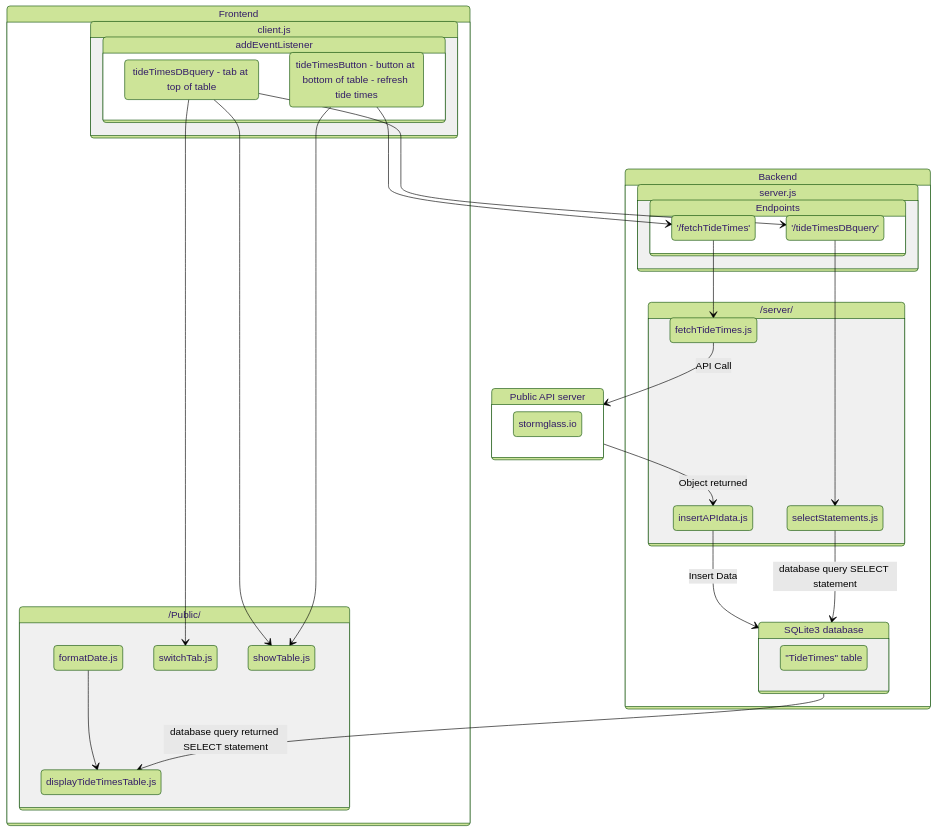
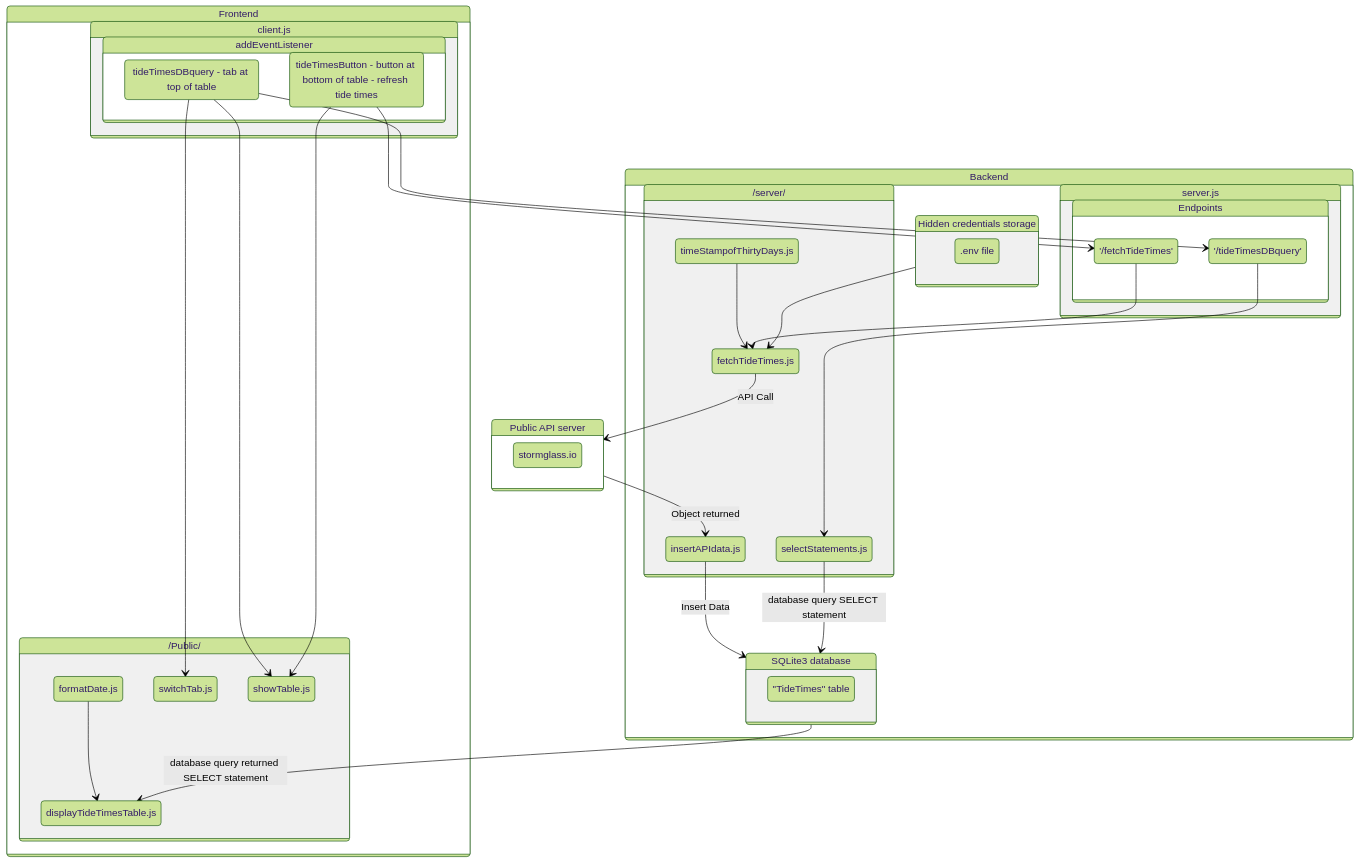
The diagram in README.md (sifr01/glitch-dreams-simple-node-sqlite-00), drawn with Mermaid (forest theme) before and after one commit. The commit also changed 2 other files, not shown here.

Commit message:
improve comments and improve mermaid diagram

````diff
--- a/README.md
+++ b/README.md
@@ -5,69 +5,76 @@
 ```mermaid
 stateDiagram-v2
     %%[*] --> Frontend
     %%client.js --> Endpoints
 
     state Frontend {
         state client.js {
             state addEventListener {
             eventListenerA
             eventListenerB
             }
         }
         state /Public/ {
             formatDate.js
             displayTideTimesTable.js
             switchTab.js
             showTable.js
         }
     }
     
     state Backend {
         state /server/ {
                 insertAPIdata.js
                 selectStatements.js
                 fetchTideTimes.js
+                timeStampofThirtyDays.js
             }
         state server.js {
             
-        state Endpoints {
-            '/fetchTideTimes'
-            '/tideTimesDBquery'
-            }
+            state Endpoints {
+                '/fetchTideTimes'
+                '/tideTimesDBquery'
+                }
         }
         state SQLite_DB {
             Table
+        }
+        state credentials_storage{
+            credentials
         }
     }
 
     state Public_API {
         stormglass.io
     }
   
     formatDate.js --> displayTideTimesTable.js
     eventListenerA --> '/tideTimesDBquery'
     eventListenerA --> switchTab.js
     eventListenerB --> '/fetchTideTimes'
     eventListenerA --> showTable.js
     eventListenerB --> showTable.js
+    insertAPIdata.js --> SQLite_DB: Insert Data
+    credentials_storage --> fetchTideTimes.js
+    timeStampofThirtyDays.js --> fetchTideTimes.js ##this does not exist in weather data
 
-    insertAPIdata.js --> SQLite_DB: Insert Data
-    
     '/fetchTideTimes' --> fetchTideTimes.js
     fetchTideTimes.js --> Public_API: API Call
     Public_API --> insertAPIdata.js: Object returned
 
     '/tideTimesDBquery' --> selectStatements.js
     selectStatements.js --> SQLite_DB: database query SELECT statement
     
     SQLite_DB --> displayTideTimesTable.js: database query returned SELECT statement
 
     %% Aliases - allows for whitespace
     %%Handling_API_data: Handling API data
     SQLite_DB: SQLite3 database
     Public_API: Public API server
     Table: "TideTimes" table
     eventListenerA: tideTimesDBquery - tab at top of table
     eventListenerB: tideTimesButton - button at bottom of table - refresh tide times
+    credentials_storage: Hidden credentials storage
+    credentials: .env file
 
 ```
````
